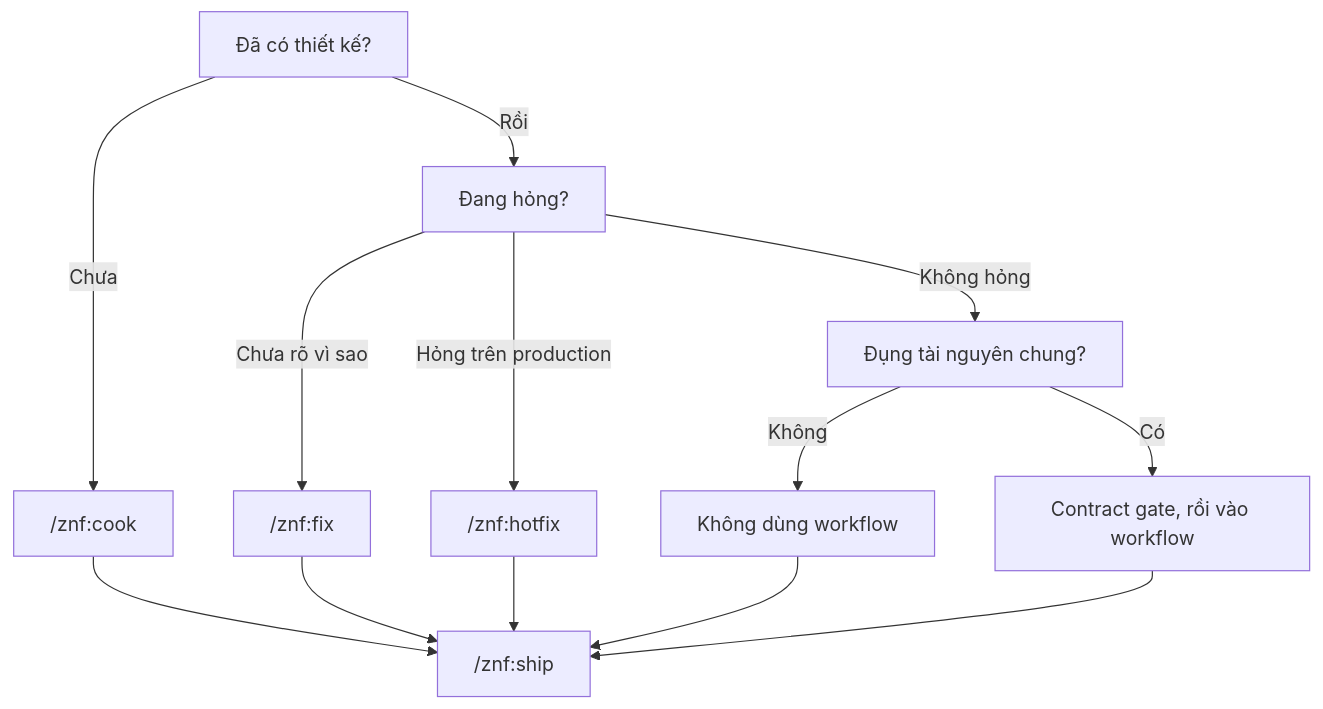
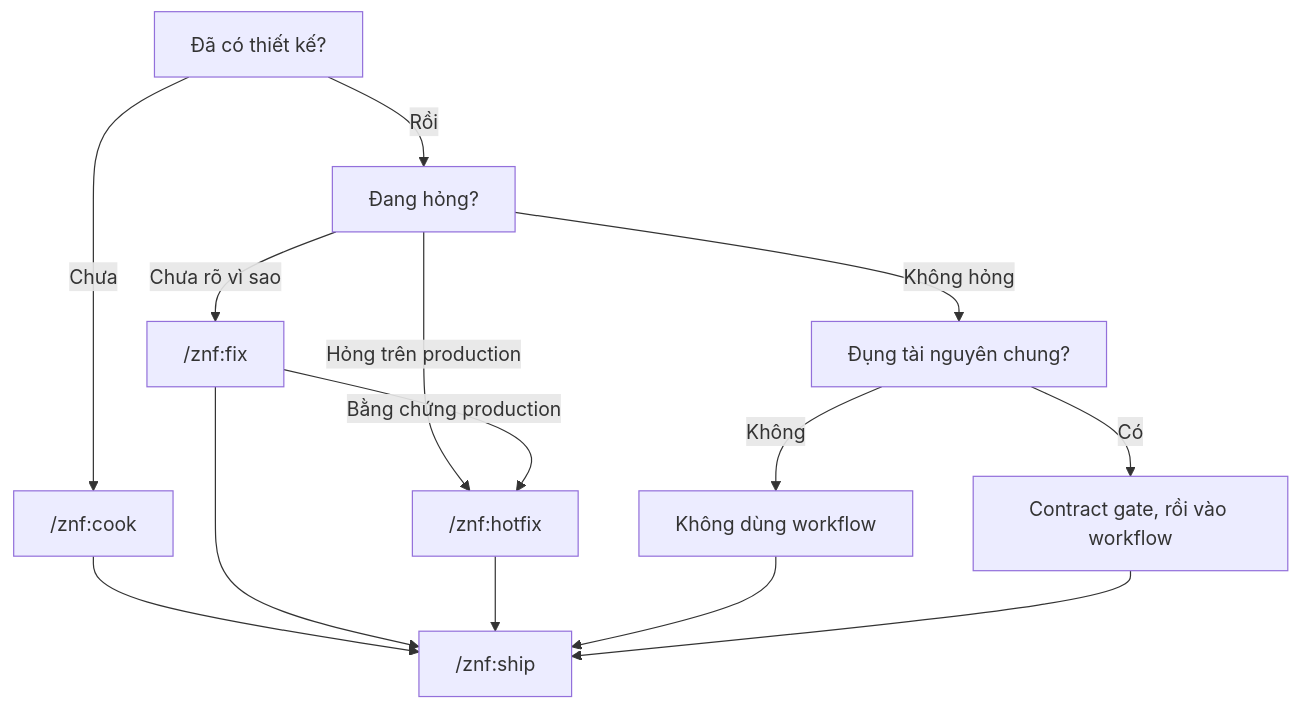
Before and after one commit to ZenifyAIContactCenter/zenify-kit: the diagram in website/workflows/index.md, drawn with Mermaid. The commit also changed other lines of this file and 8 other files, not shown here.

````diff
--- a/website/workflows/index.md
+++ b/website/workflows/index.md
@@ -20,18 +20,19 @@
 ```mermaid
 flowchart TD
   Q1["Đã có thiết kế?"]
   Q1 -->|Chưa| COOK["/znf:cook"]
   Q1 -->|Rồi| Q2["Đang hỏng?"]
   Q2 -->|Chưa rõ vì sao| FIX["/znf:fix"]
   Q2 -->|Hỏng trên production| HOT["/znf:hotfix"]
+  FIX -->|Bằng chứng production| HOT
   Q2 -->|Không hỏng| Q3["Đụng tài nguyên chung?"]
   Q3 -->|Không| PLAIN["Không dùng workflow"]
   Q3 -->|Có| GATE["Contract gate, rồi vào workflow"]
   COOK --> SHIP["/znf:ship"]
   FIX --> SHIP
   HOT --> SHIP
   PLAIN --> SHIP
   GATE --> SHIP
   class COOK,FIX,HOT,SHIP action
   class Q1,Q2,Q3 user
 ```
````
